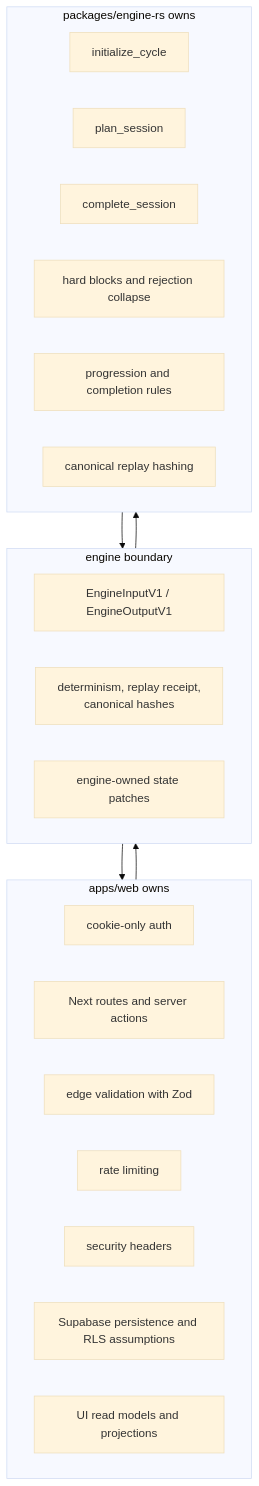
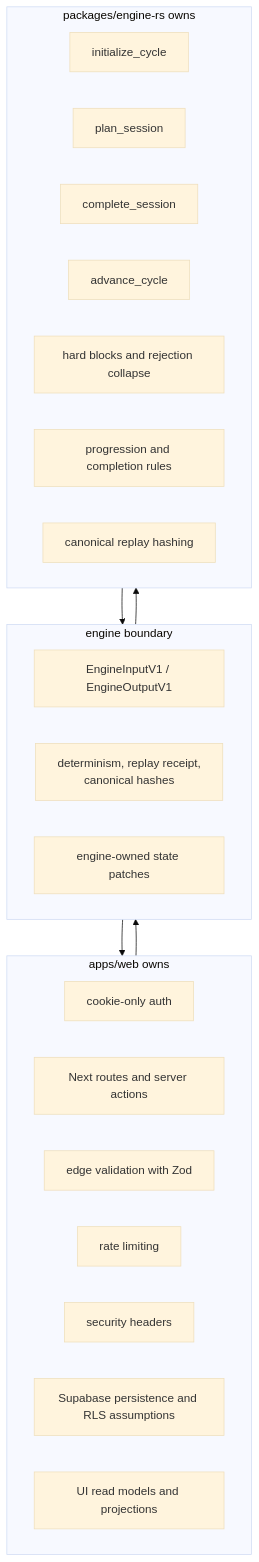
Before and after one commit to manjuyod/adaptabuddy_v2: the second of 3 diagrams in docs/mermaid/app-service-map.md, drawn with Mermaid (base theme). The commit also changed other lines of this file and 6 other files, not shown here.

Commit message:
mermaid update

````diff
--- a/docs/mermaid/app-service-map.md
+++ b/docs/mermaid/app-service-map.md
@@ -55,32 +55,33 @@
 ```mermaid
 flowchart TB
   subgraph ProductShell["apps/web owns"]
     AuthCookies["cookie-only auth"]
     Transport["Next routes and server actions"]
     Validation["edge validation with Zod"]
     RateLimit["rate limiting"]
     SecurityHeaders["security headers"]
     Persistence["Supabase persistence and RLS assumptions"]
     ReadModels["UI read models and projections"]
   end
 
   subgraph EngineBoundary["engine boundary"]
     EngineEnvelope["EngineInputV1 / EngineOutputV1"]
     Determinism["determinism, replay receipt,<br/>canonical hashes"]
     StatePatch["engine-owned state patches"]
   end
 
   subgraph RustEngine["packages/engine-rs owns"]
     Initialize["initialize_cycle"]
     Plan["plan_session"]
     Complete["complete_session"]
+    Advance["advance_cycle"]
     Constraints["hard blocks and rejection collapse"]
     ProgressionRules["progression and completion rules"]
     Replay["canonical replay hashing"]
   end
 
   ProductShell --> EngineBoundary
   EngineBoundary --> RustEngine
   RustEngine --> EngineBoundary
   EngineBoundary --> ProductShell
 ```
````
